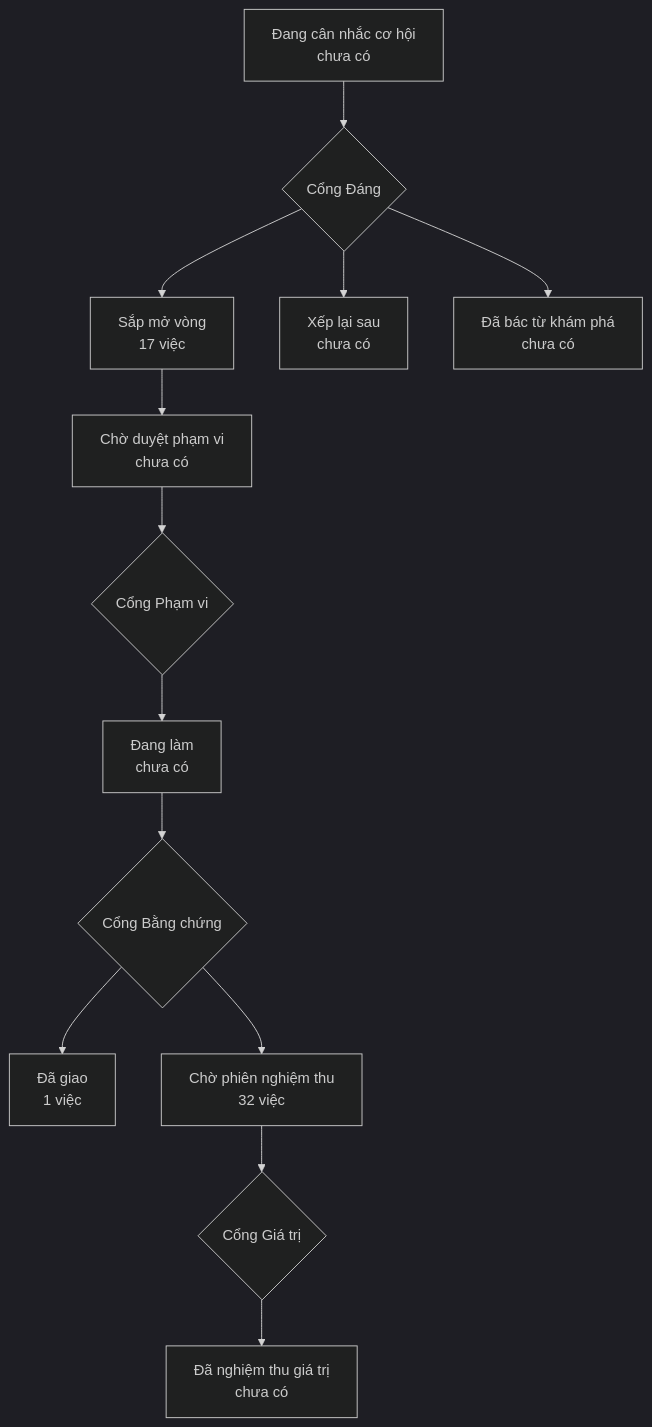
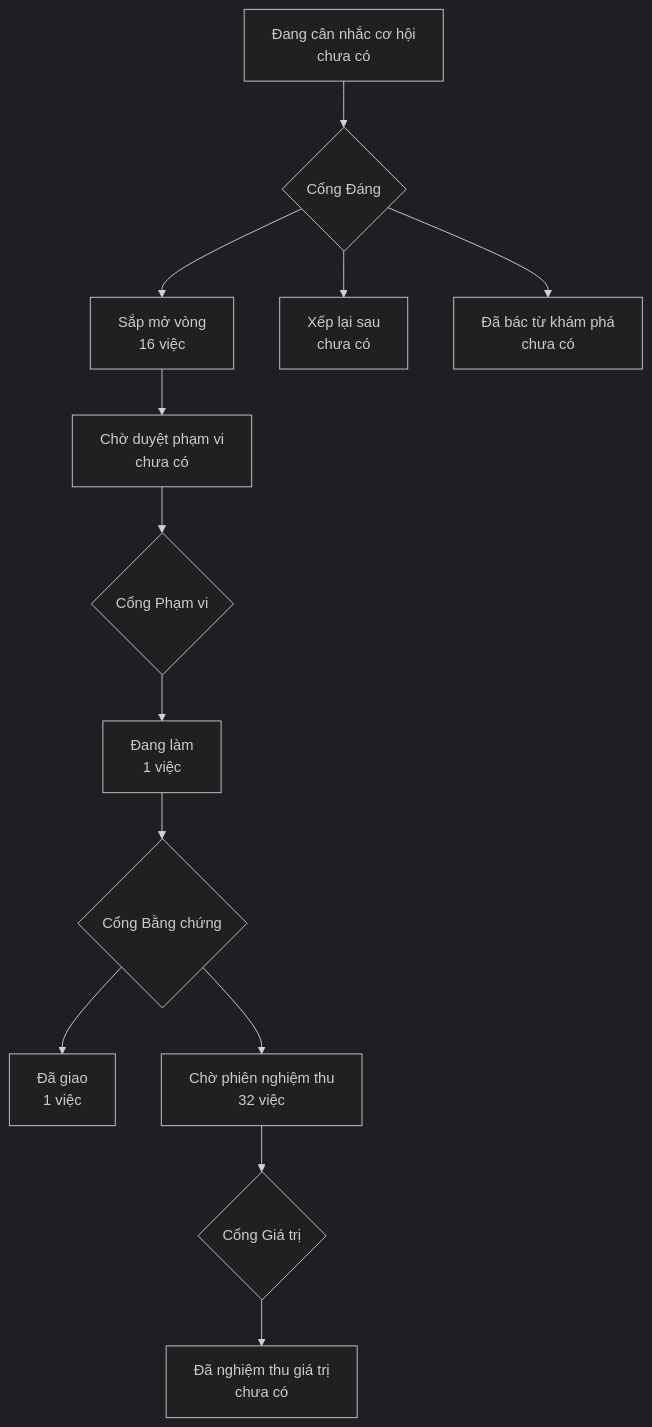
Before and after one commit to phanlemanh/onehub-inventory: the diagram in PRODUCT-MAP.md, drawn with Mermaid (dark theme). The commit also changed other lines of this file and 3 other files, not shown here.

````diff
--- a/PRODUCT-MAP.md
+++ b/PRODUCT-MAP.md
@@ -7,12 +7,12 @@
 ```mermaid
 flowchart TD
   A["Đang cân nhắc cơ hội<br/>chưa có"] --> GD{"Cổng Đáng"}
-  GD --> B["Sắp mở vòng<br/>17 việc"]
+  GD --> B["Sắp mở vòng<br/>16 việc"]
   GD --> XL["Xếp lại sau<br/>chưa có"]
   GD --> DB["Đã bác từ khám phá<br/>chưa có"]
   B --> CD["Chờ duyệt phạm vi<br/>chưa có"] --> GP{"Cổng Phạm vi"}
-  GP --> DL["Đang làm<br/>chưa có"] --> GB{"Cổng Bằng chứng"}
+  GP --> DL["Đang làm<br/>1 việc"] --> GB{"Cổng Bằng chứng"}
   GB --> DG["Đã giao<br/>1 việc"]
   GB --> CN["Chờ phiên nghiệm thu<br/>32 việc"] --> GG{"Cổng Giá trị"}
   GG --> NT["Đã nghiệm thu giá trị<br/>chưa có"]
 ```
````
